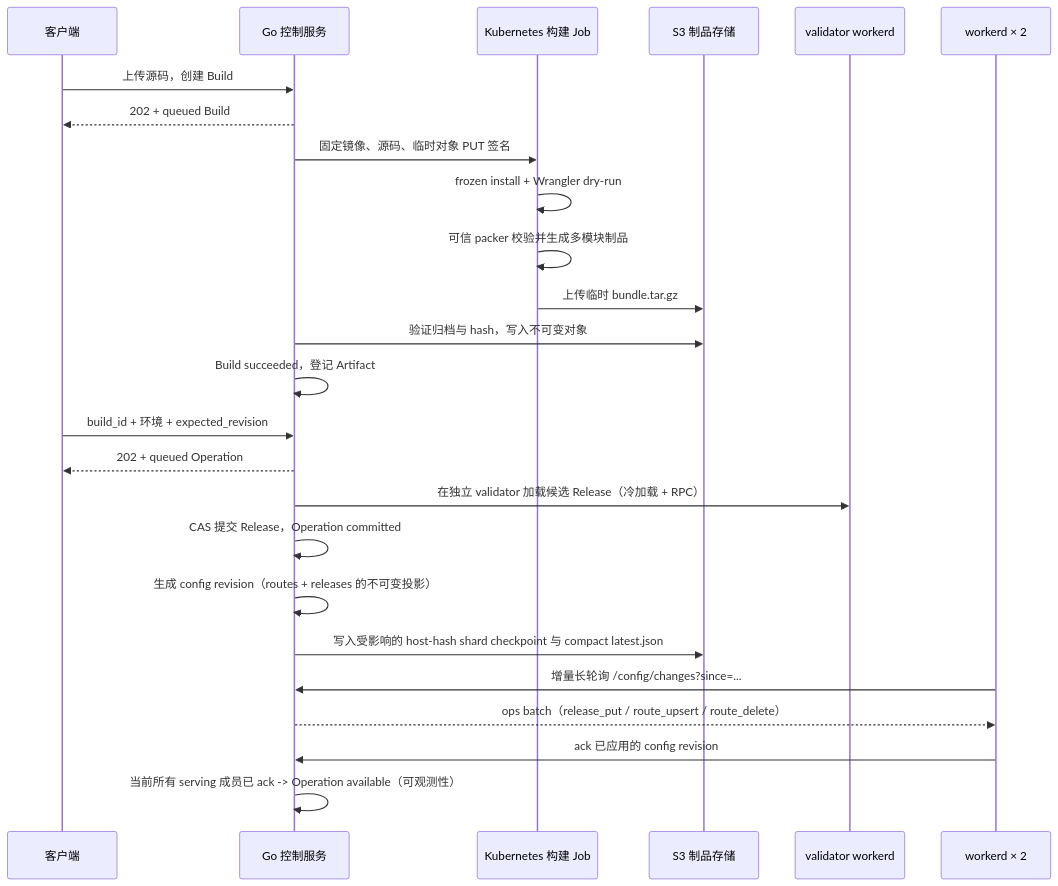
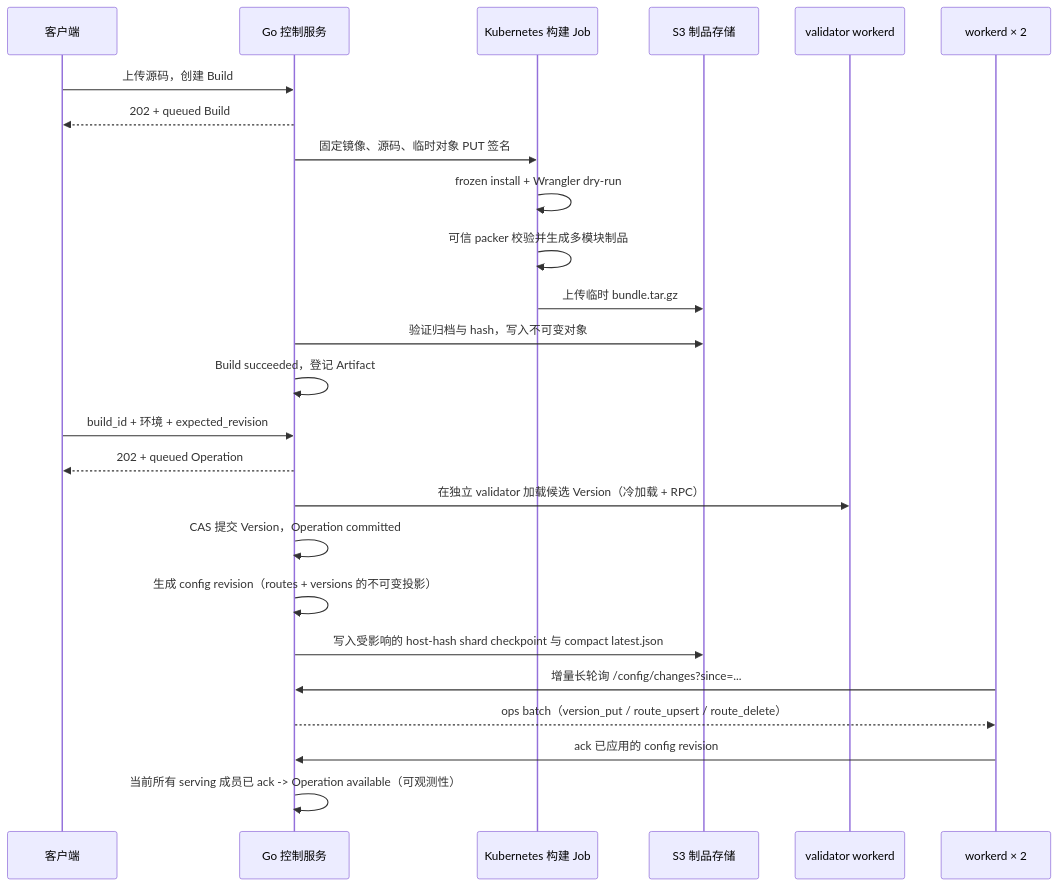
Before and after one commit to krun-dev/krun: the diagram in docs/workers-backend.md, drawn with Mermaid. The commit also changed other lines of this file and 104 other files, not shown here.

````diff
--- a/docs/workers-backend.md
+++ b/docs/workers-backend.md
@@ -14,27 +14,27 @@
 ```mermaid
 sequenceDiagram
     participant C as 客户端
     participant A as Go 控制服务
     participant J as Kubernetes 构建 Job
     participant S as S3 制品存储
     participant V as validator workerd
     participant W as workerd × 2
     C->>A: 上传源码，创建 Build
     A-->>C: 202 + queued Build
     A->>J: 固定镜像、源码、临时对象 PUT 签名
     J->>J: frozen install + Wrangler dry-run
     J->>J: 可信 packer 校验并生成多模块制品
     J->>S: 上传临时 bundle.tar.gz
     A->>S: 验证归档与 hash，写入不可变对象
     A->>A: Build succeeded，登记 Artifact
     C->>A: build_id + 环境 + expected_revision
     A-->>C: 202 + queued Operation
-    A->>V: 在独立 validator 加载候选 Release（冷加载 + RPC）
-    A->>A: CAS 提交 Release，Operation committed
-    A->>A: 生成 config revision（routes + releases 的不可变投影）
+    A->>V: 在独立 validator 加载候选 Version（冷加载 + RPC）
+    A->>A: CAS 提交 Version，Operation committed
+    A->>A: 生成 config revision（routes + versions 的不可变投影）
     A->>S: 写入受影响的 host-hash shard checkpoint 与 compact latest.json
     W->>A: 增量长轮询 /config/changes?since=...
-    A-->>W: ops batch（release_put / route_upsert / route_delete）
+    A-->>W: ops batch（version_put / route_upsert / route_delete）
     W->>A: ack 已应用的 config revision
     A->>A: 当前所有 serving 成员已 ack -> Operation available（可观测性）
 ```
````
